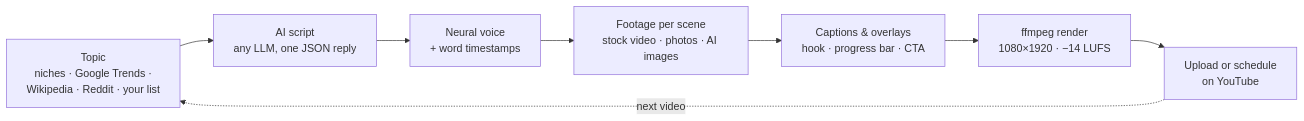
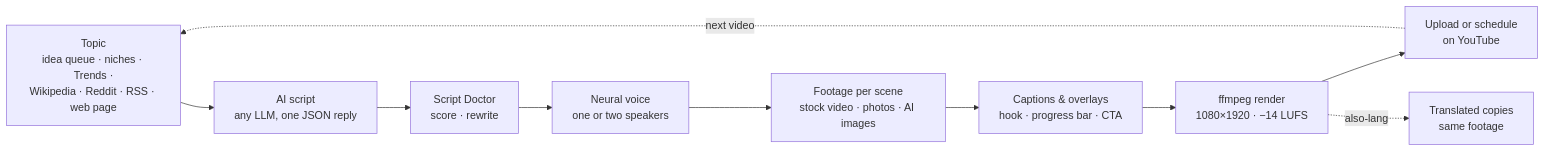
One commit to Chamanrajragu/purffle-shorts changed the diagram in README.md. Above: the diagram before and after it, drawn with Mermaid. The commit also changed other lines of this file and 44 other files, not shown here.

````diff
--- a/README.md
+++ b/README.md
@@ -113,10 +155,12 @@
 ```mermaid
 flowchart LR
-    A["Topic<br/>niches · Google Trends ·<br/>Wikipedia · Reddit · your list"] --> B["AI script<br/>any LLM, one JSON reply"]
-    B --> C["Neural voice<br/>+ word timestamps"]
+    A["Topic<br/>idea queue · niches · Trends ·<br/>Wikipedia · Reddit · RSS · web page"] --> B["AI script<br/>any LLM, one JSON reply"]
+    B --> R["Script Doctor<br/>score · rewrite"]
+    R --> C["Neural voice<br/>one or two speakers"]
     C --> D["Footage per scene<br/>stock video · photos · AI images"]
     D --> E["Captions & overlays<br/>hook · progress bar · CTA"]
     E --> F["ffmpeg render<br/>1080×1920 · −14 LUFS"]
     F --> G["Upload or schedule<br/>on YouTube"]
+    F -. also-lang .-> T["Translated copies<br/>same footage"]
     G -. next video .-> A
 ```
````
